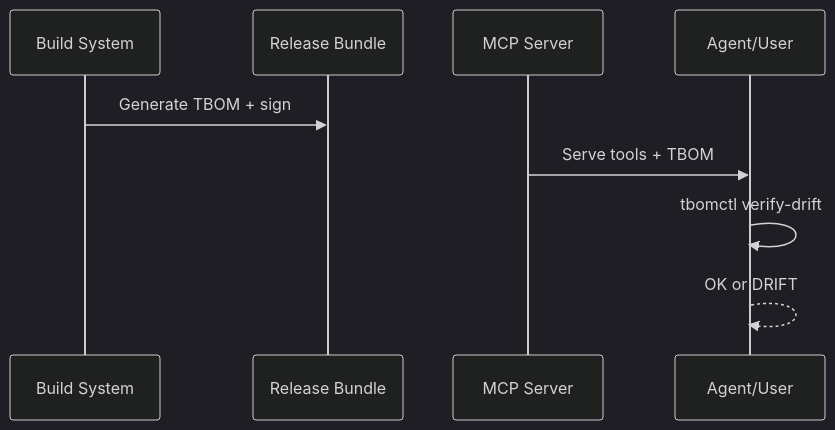
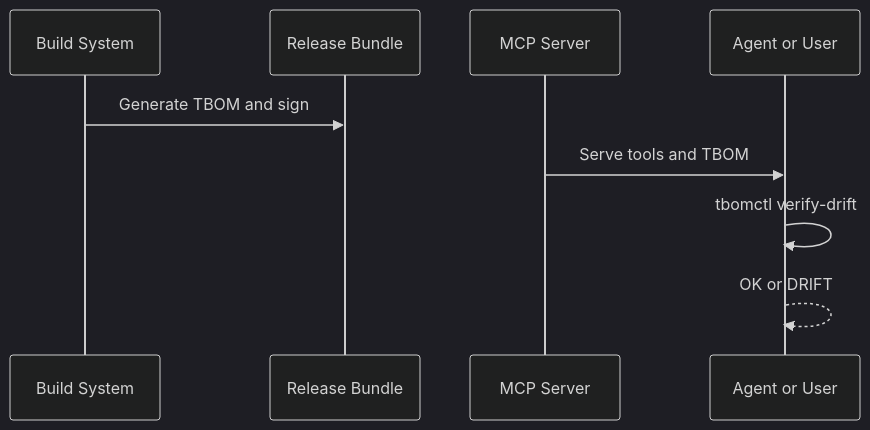
One commit to jlov7/tbom-rfc changed the second of 2 diagrams in README.md. Above: the diagram before and after it, drawn with Mermaid (dark theme). The commit also changed other lines of this file, not shown here.

Commit message:
Fix Mermaid rendering in README

````diff
--- a/README.md
+++ b/README.md
@@ -124,11 +124,11 @@
 ```mermaid
 sequenceDiagram
     participant Build as Build System
     participant Repo as Release Bundle
     participant Server as MCP Server
-    participant Agent as Agent/User
-    Build->>Repo: Generate TBOM + sign
-    Server->>Agent: Serve tools + TBOM
+    participant Agent as Agent or User
+    Build->>Repo: Generate TBOM and sign
+    Server->>Agent: Serve tools and TBOM
     Agent->>Agent: tbomctl verify-drift
     Agent-->>Agent: OK or DRIFT
 ```
````
